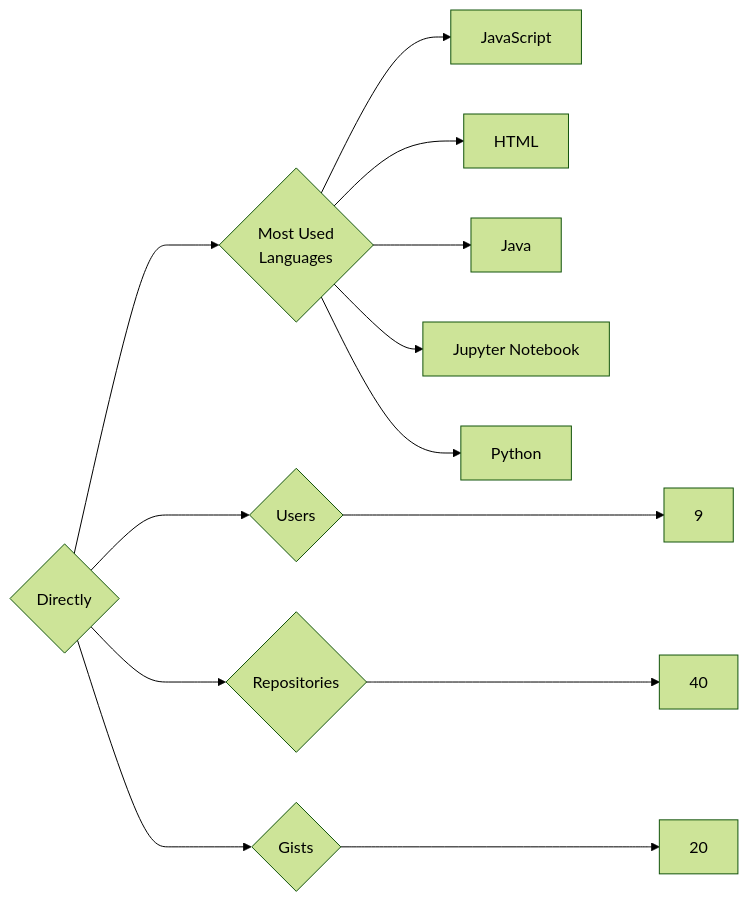
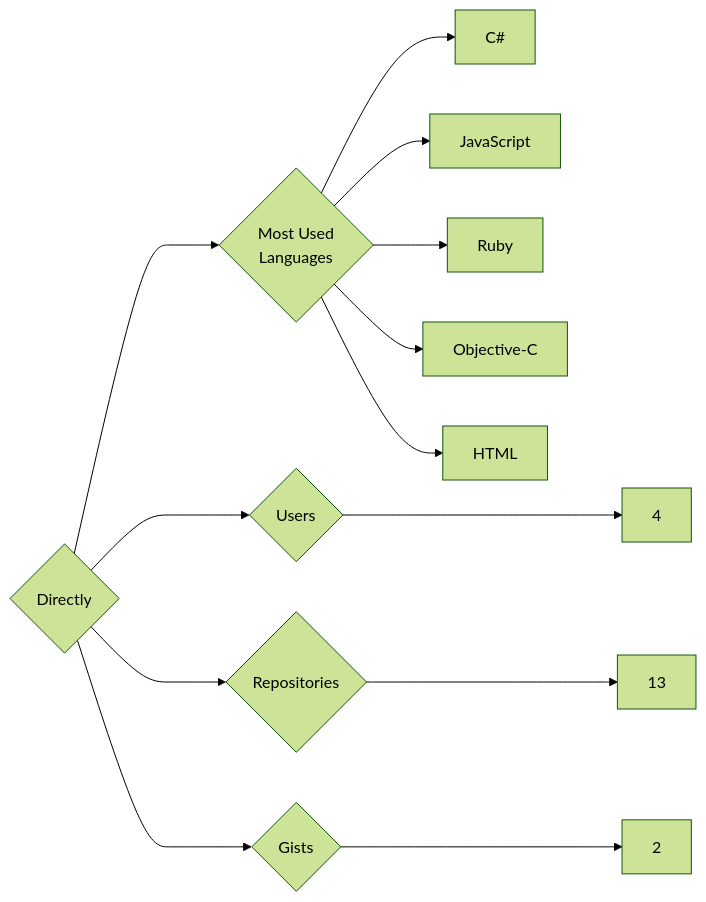
Before and after one commit to trickest/insiders: the diagram in targets/Directly/README.md, drawn with Mermaid (forest theme). The commit also changed 1036 other files, not shown here.

````diff
--- a/targets/Directly/README.md
+++ b/targets/Directly/README.md
@@ -3,13 +3,13 @@
 ```mermaid
 graph LR
 COMPANY_NAME{Directly}
-COMPANY_NAME ---> U{Users} ---> UN[9]
-COMPANY_NAME ---> R{Repositories} ---> RN[40]
-COMPANY_NAME ---> G{Gists} ---> GN[20]
+COMPANY_NAME ---> U{Users} ---> UN[4]
+COMPANY_NAME ---> R{Repositories} ---> RN[13]
+COMPANY_NAME ---> G{Gists} ---> GN[2]
 COMPANY_NAME ---> ML{Most Used<br>Languages}
+ML --> C#[C#]
 ML --> JavaScript[JavaScript]
+ML --> Ruby[Ruby]
+ML --> Objective-C[Objective-C]
 ML --> HTML[HTML]
-ML --> Java[Java]
-ML --> Jupyter_Notebook[Jupyter Notebook]
-ML --> Python[Python]
 ```
````
